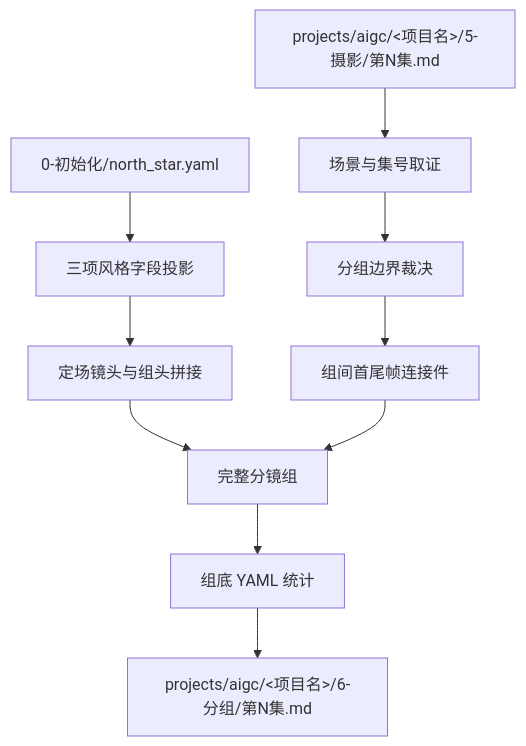
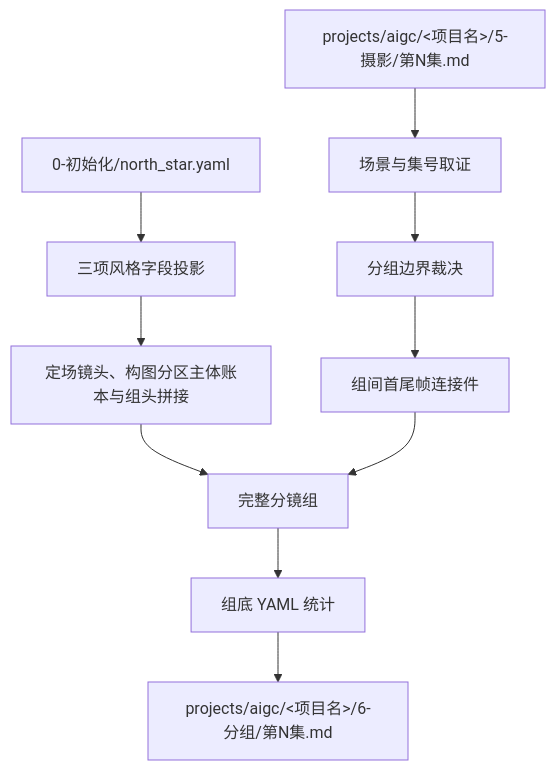
The first of 4 diagrams in .agents/skills/aigc/6-分组/SKILL.md (ZEN-VOID/AI-CUT), drawn with Mermaid before and after one commit. The commit also changed other lines of this file and 128 other files, not shown here.

````diff
--- a/.agents/skills/aigc/6-分组/SKILL.md
+++ b/.agents/skills/aigc/6-分组/SKILL.md
@@ -88,12 +88,12 @@
 ```mermaid
 flowchart TD
     A["projects/aigc/<项目名>/5-摄影/第N集.md"] --> B["场景与集号取证"]
     C["0-初始化/north_star.yaml"] --> D["三项风格字段投影"]
     B --> E["分组边界裁决"]
-    D --> F["定场镜头与组头拼接"]
+    D --> F["定场镜头、构图分区主体账本与组头拼接"]
     E --> G["组间首尾帧连接件"]
     F --> H["完整分镜组"]
     G --> H
     H --> I["组底 YAML 统计"]
     I --> J["projects/aigc/<项目名>/6-分组/第N集.md"]
 ```
````
